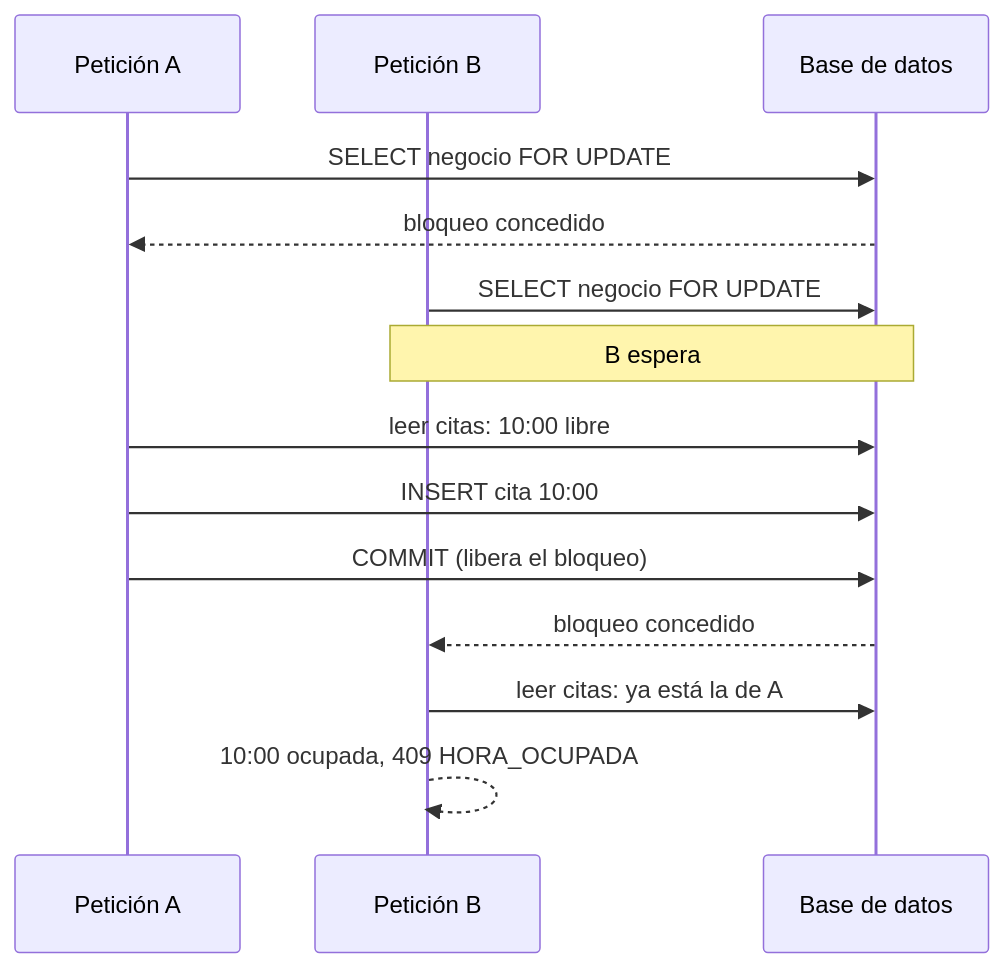
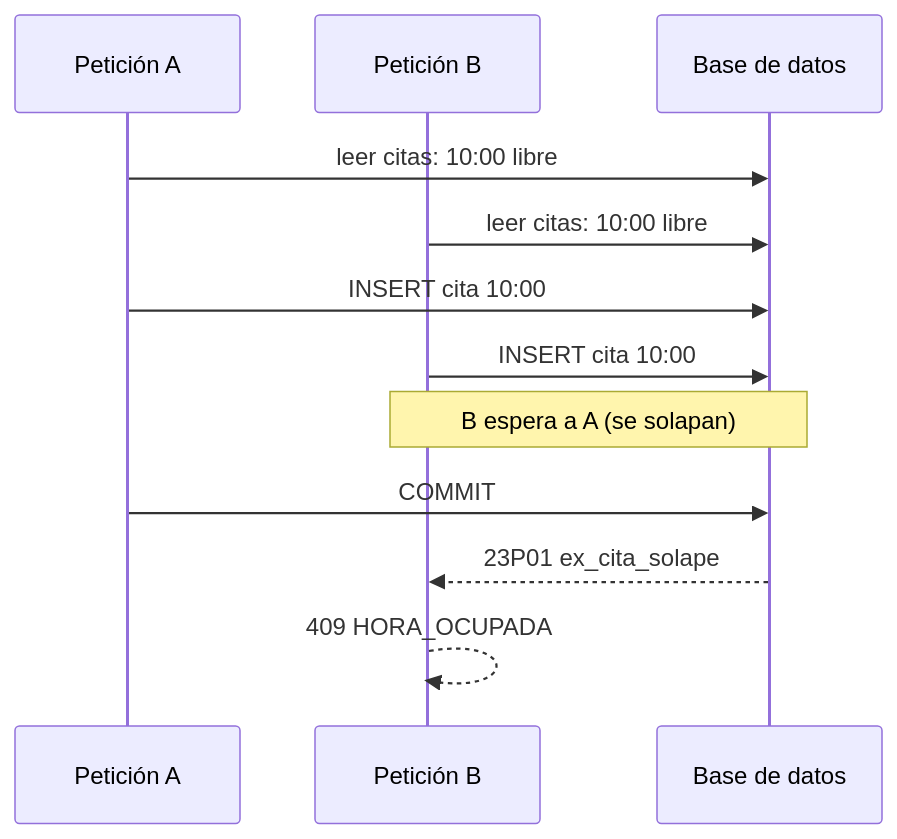
One commit to DisnaKing/Hueco changed the diagram in docs/reglas-y-concurrencia.md. Above: the diagram before and after it, drawn with Mermaid. The commit also changed other lines of this file and 12 other files, not shown here.

First line of the commit message:
Reservas sin bloquear el negocio: solape con margen en la base de datos y bloqueo por teléfono

````diff
--- a/docs/reglas-y-concurrencia.md
+++ b/docs/reglas-y-concurrencia.md
@@ -100,17 +105,15 @@
 ```mermaid
 sequenceDiagram
     participant A as Petición A
     participant B as Petición B
     participant DB as Base de datos
 
-    A->>DB: SELECT negocio FOR UPDATE
-    DB-->>A: bloqueo concedido
-    B->>DB: SELECT negocio FOR UPDATE
-    Note over B,DB: B espera
     A->>DB: leer citas: 10:00 libre
+    B->>DB: leer citas: 10:00 libre
     A->>DB: INSERT cita 10:00
-    A->>DB: COMMIT (libera el bloqueo)
-    DB-->>B: bloqueo concedido
-    B->>DB: leer citas: ya está la de A
-    B-->>B: 10:00 ocupada, 409 HORA_OCUPADA
+    B->>DB: INSERT cita 10:00
+    Note over B,DB: B espera a A (se solapan)
+    A->>DB: COMMIT
+    DB-->>B: 23P01 ex_cita_solape
+    B-->>B: 409 HORA_OCUPADA
 ```
````
